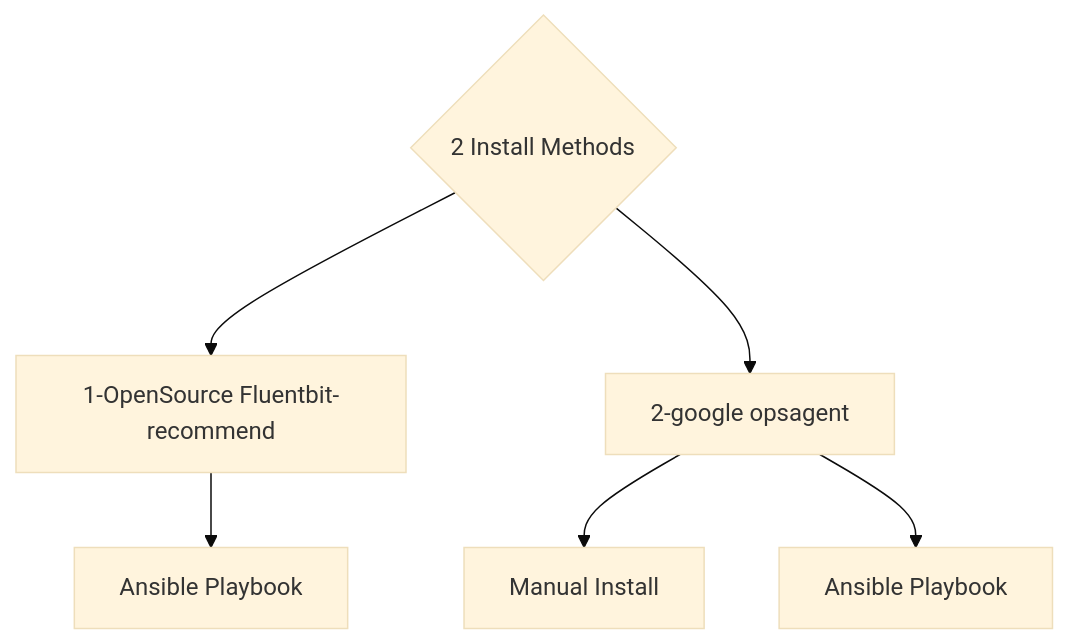
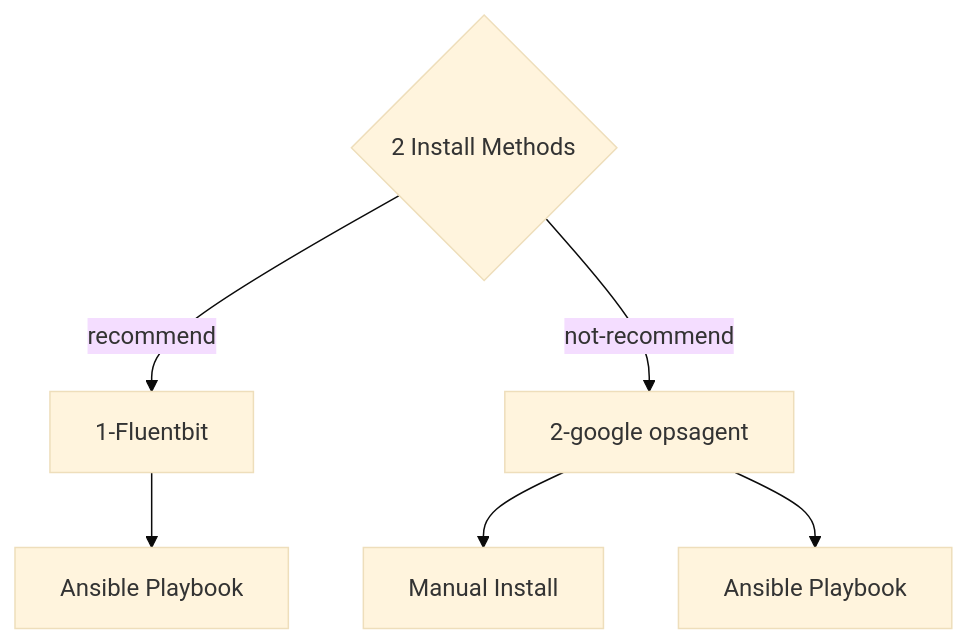
The diagram in README.md (liuchenggang2014/fluentbit-opsagent-on-aws), drawn with Mermaid (base theme) before and after one commit.

Commit message:
add flow chart with clear method recommendation

````diff
--- a/README.md
+++ b/README.md
@@ -3,8 +3,8 @@
 ```mermaid
 flowchart TD
-A{2 Install Methods} --> B[1-OpenSource Fluentbit-recommend] 
-A --> C[2-google opsagent]
+A{2 Install Methods} --> |recommend| B[1-Fluentbit] 
+A --> |not-recommend| C[2-google opsagent]
 B --> B1[Ansible Playbook]
 C --> C1[Manual Install]
 C --> C2[Ansible Playbook]
 ```
````
